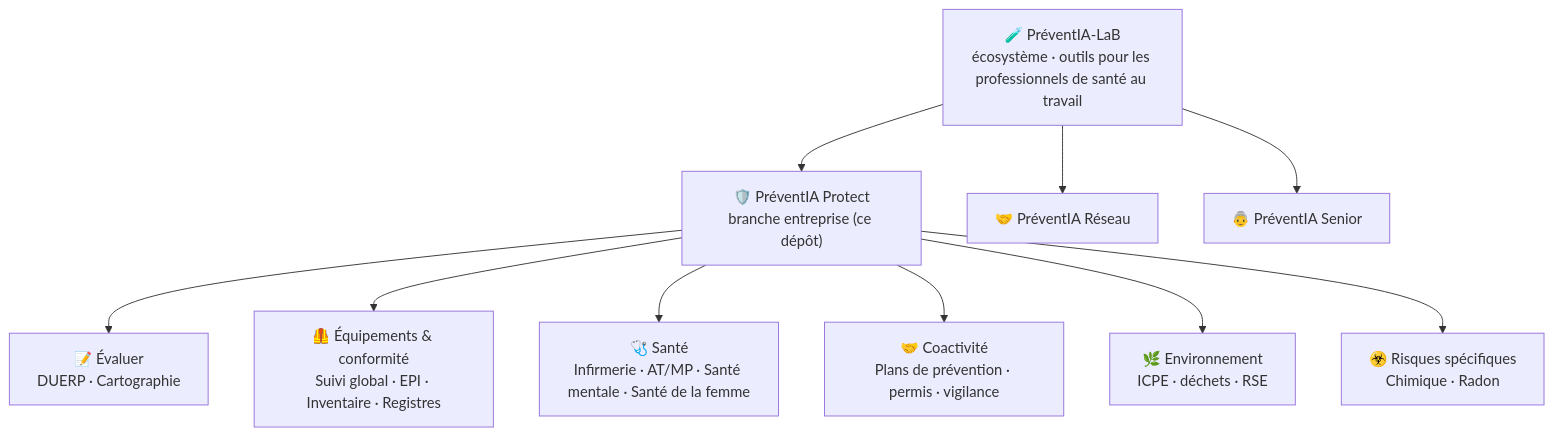
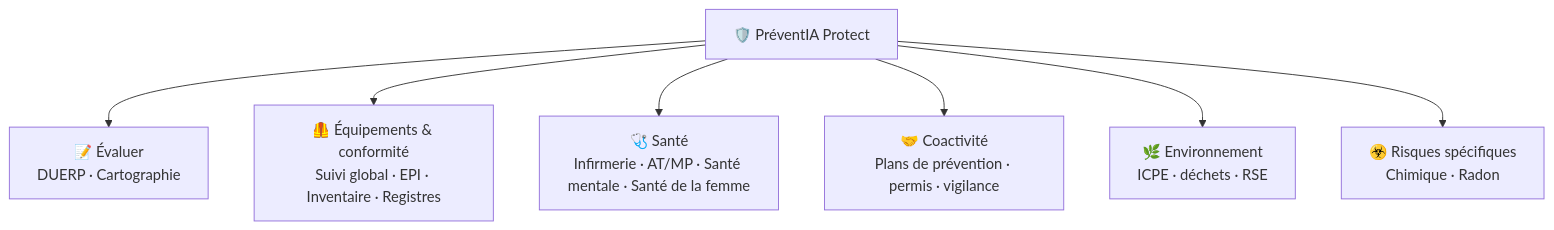
Before and after one commit to laurebonnefond/preventia-protect: the second of 5 diagrams in README.md, drawn with Mermaid. The commit also changed other lines of this file, not shown here.

First line of the commit message:
README : écosystème à trois plateformes et socle commun, sans PréventIA Senior

````diff
--- a/README.md
+++ b/README.md
@@ -57,14 +84,10 @@
 ```mermaid
 flowchart TB
-    LAB["🧪 PréventIA-LaB<br/>écosystème · outils pour les professionnels de santé au travail"]
-    LAB --> PROTECT["🛡️ PréventIA Protect<br/>branche entreprise (ce dépôt)"]
-    LAB --> RESEAU["🤝 PréventIA Réseau"]
-    LAB --> SENIOR["👵 PréventIA Senior"]
-
+    PROTECT["🛡️ PréventIA Protect"]
     PROTECT --> EV["📝 Évaluer<br/>DUERP · Cartographie"]
     PROTECT --> EQ["🦺 Équipements & conformité<br/>Suivi global · EPI · Inventaire · Registres"]
     PROTECT --> SA["🩺 Santé<br/>Infirmerie · AT/MP · Santé mentale · Santé de la femme"]
     PROTECT --> CO["🤝 Coactivité<br/>Plans de prévention · permis · vigilance"]
     PROTECT --> EN["🌿 Environnement<br/>ICPE · déchets · RSE"]
     PROTECT --> RS["☣️ Risques spécifiques<br/>Chimique · Radon"]
 ```
````
